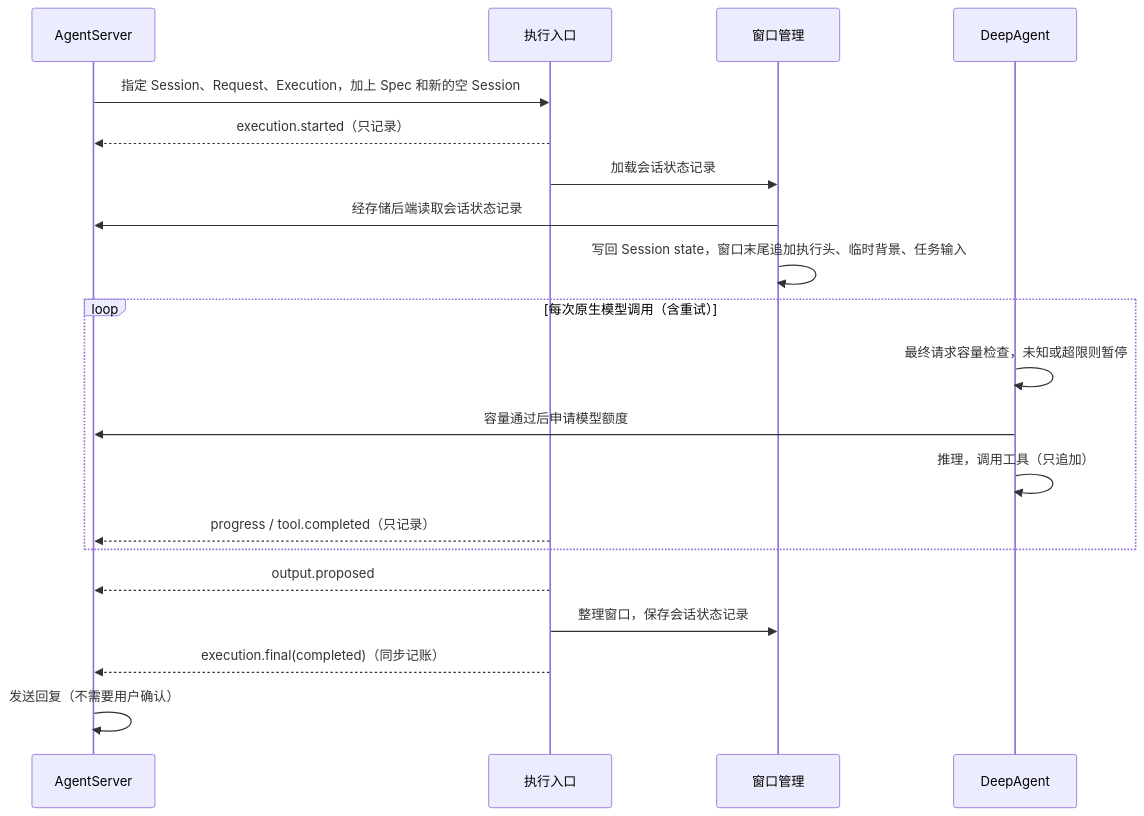
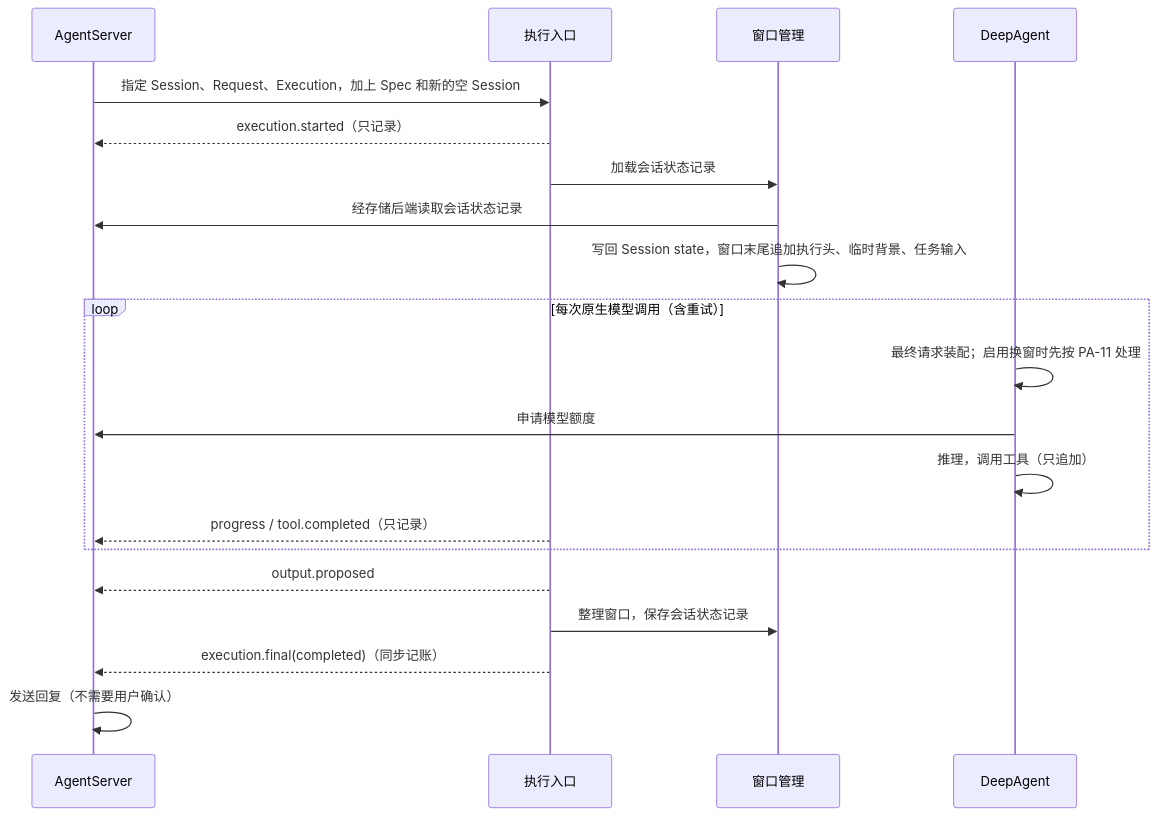
The third of 5 diagrams in openjiuwen/harness/persistent_agent/docs/designs/persistent-agent-architecture.md (openJiuwen-ai/agent-core), drawn with Mermaid before and after one commit. The commit also changed other lines of this file and 10 other files, not shown here.

````diff
--- a/openjiuwen/harness/persistent_agent/docs/designs/persistent-agent-architecture.md
+++ b/openjiuwen/harness/persistent_agent/docs/designs/persistent-agent-architecture.md
@@ -513,22 +513,22 @@
 ```mermaid
 sequenceDiagram
     participant H as AgentServer
     participant E as 执行入口
     participant M as 窗口管理
     participant A as DeepAgent
     H->>E: 指定 Session、Request、Execution，加上 Spec 和新的空 Session
     E-->>H: execution.started（只记录）
     E->>M: 加载会话状态记录
     M->>H: 经存储后端读取会话状态记录
     M->>M: 写回 Session state，窗口末尾追加执行头、临时背景、任务输入
     loop 每次原生模型调用（含重试）
-        A->>A: 最终请求容量检查，未知或超限则暂停
-        A->>H: 容量通过后申请模型额度
+        A->>A: 最终请求装配；启用换窗时先按 PA-11 处理
+        A->>H: 申请模型额度
         A->>A: 推理，调用工具（只追加）
         E-->>H: progress / tool.completed（只记录）
     end
     E-->>H: output.proposed
     E->>M: 整理窗口，保存会话状态记录
     E-->>H: execution.final(completed)（同步记账）
     H->>H: 发送回复（不需要用户确认）
 ```
````
